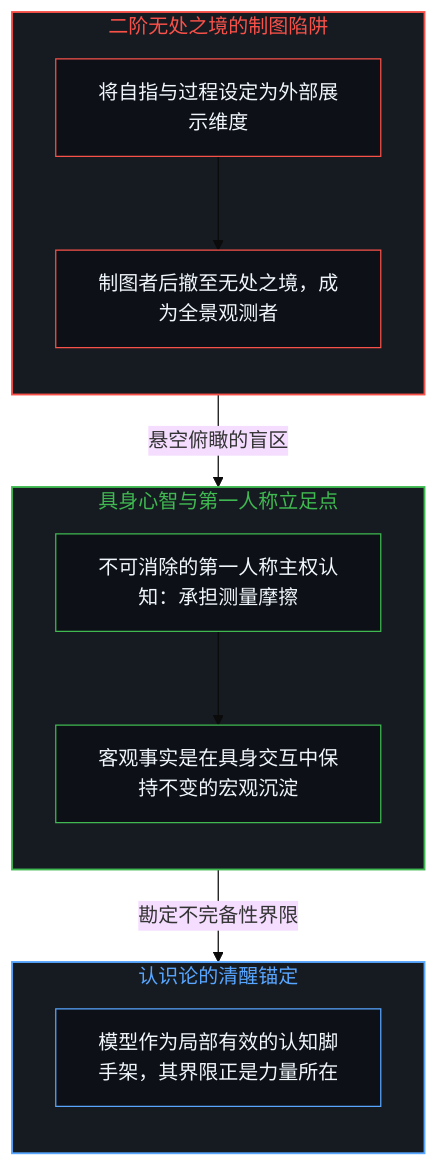
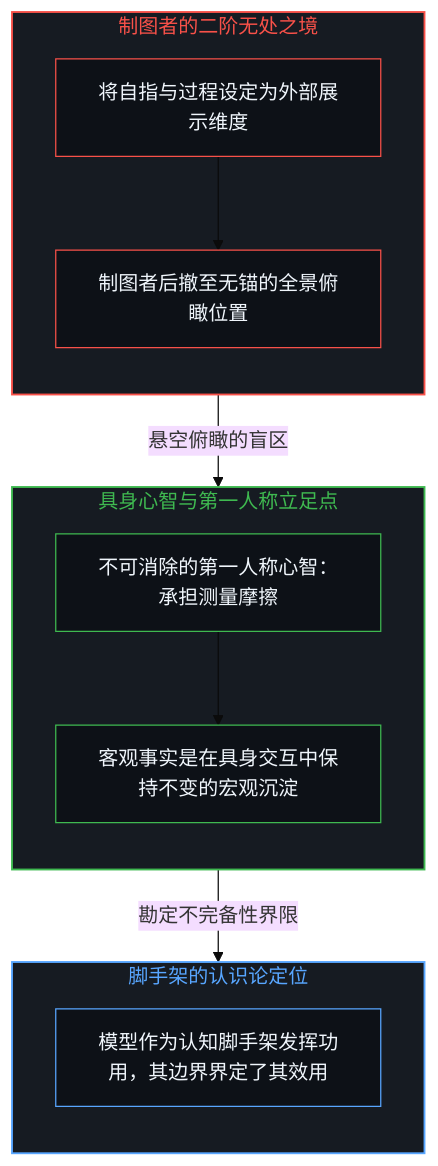
The fifth of 6 diagrams in content/posts/the-cut-moves-but-never-vanishes.md (powerpig99/not-a-toe), drawn with Mermaid (base theme) before and after one commit. The commit also changed other lines of this file and 5 other files, not shown here.

````diff
--- a/content/posts/the-cut-moves-but-never-vanishes.md
+++ b/content/posts/the-cut-moves-but-never-vanishes.md
@@ -189,29 +189,29 @@
 ```mermaid
 flowchart TD
-    subgraph S_Atlas["二阶无处之境的制图陷阱"]
+    subgraph S_Atlas["制图者的二阶无处之境"]
         direction TB
         A_Map["将自指与过程设定为外部展示维度"]
-        A_Nowhere["制图者后撤至无处之境，成为全景观测者"]
+        A_Nowhere["制图者后撤至无锚的全景俯瞰位置"]
         A_Map --> A_Nowhere
     end
     subgraph S_Embodied["具身心智与第一人称立足点"]
         direction TB
-        E_Mind["不可消除的第一人称主权认知：承担测量摩擦"]
+        E_Mind["不可消除的第一人称心智：承担测量摩擦"]
         E_Fact["客观事实是在具身交互中保持不变的宏观沉淀"]
         E_Mind --> E_Fact
     end
-    subgraph S_Scaffold["认识论的清醒锚定"]
+    subgraph S_Scaffold["脚手架的认识论定位"]
         direction TB
-        R_Scaffold["模型作为局部有效的认知脚手架，其界限正是力量所在"]
+        R_Scaffold["模型作为认知脚手架发挥功用，其边界界定了其效用"]
     end
     A_Nowhere -->|"悬空俯瞰的盲区"| E_Mind
     E_Fact -->|"勘定不完备性界限"| R_Scaffold
     style S_Atlas fill:#161b22,stroke:#f85149,stroke-width:1.5px,color:#f85149
     style S_Embodied fill:#161b22,stroke:#3fb950,stroke-width:1.5px,color:#3fb950
     style S_Scaffold fill:#161b22,stroke:#58a6ff,stroke-width:1.5px,color:#58a6ff
     style A_Map fill:#0d1117,stroke:#f85149,stroke-width:1px,color:#f0f6fc
     style A_Nowhere fill:#0d1117,stroke:#f85149,stroke-width:1px,color:#f0f6fc
     style E_Mind fill:#0d1117,stroke:#3fb950,stroke-width:1px,color:#f0f6fc
     style E_Fact fill:#0d1117,stroke:#3fb950,stroke-width:1px,color:#f0f6fc
     style R_Scaffold fill:#0d1117,stroke:#58a6ff,stroke-width:1px,color:#f0f6fc
 ```
````
